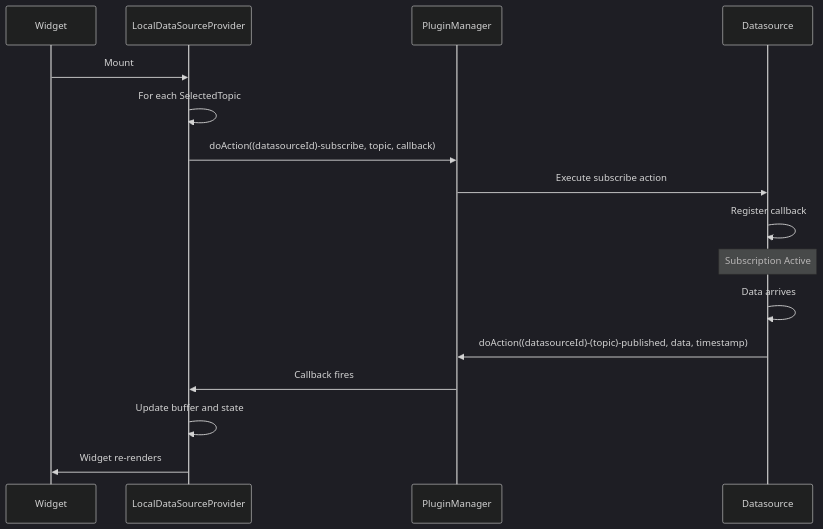
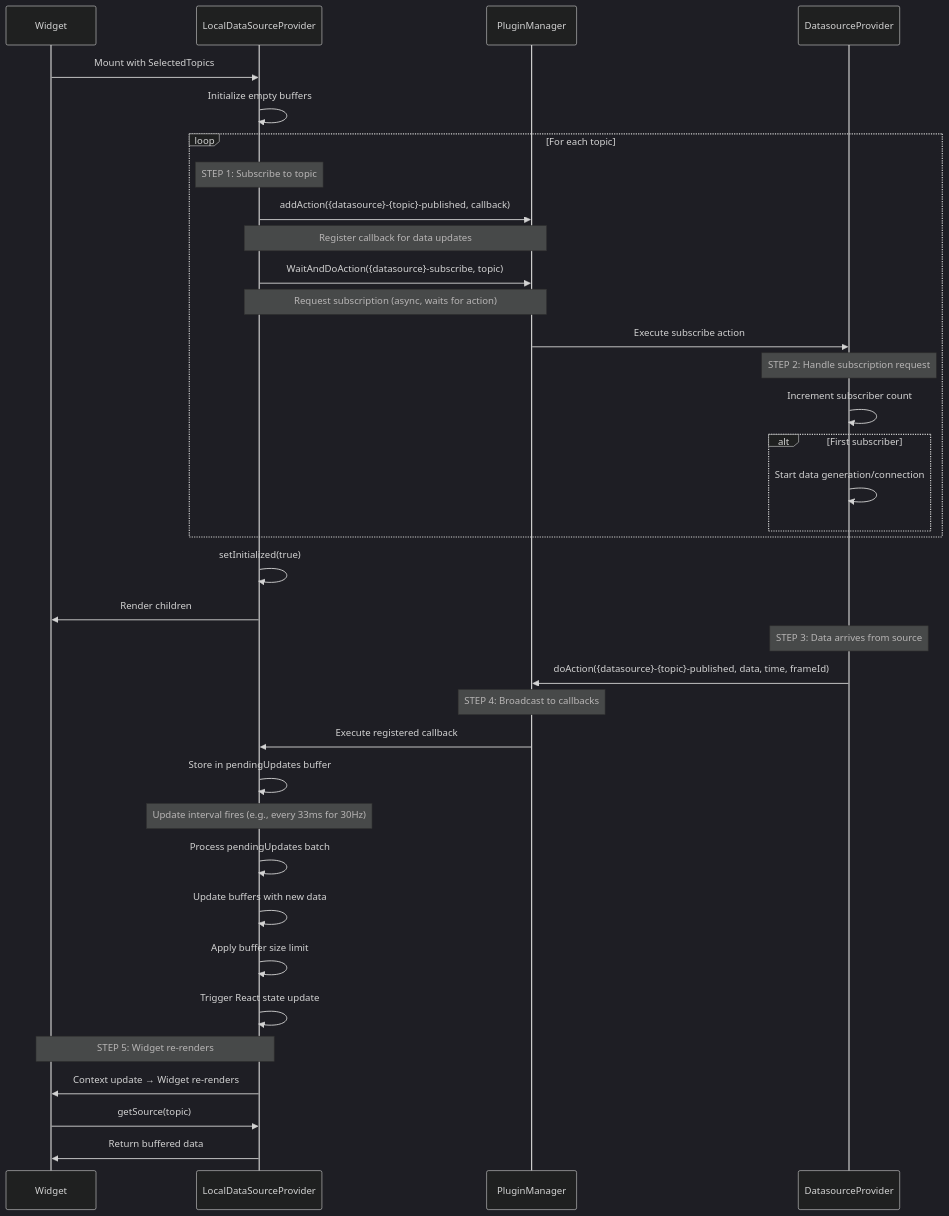
One commit to RMA-Robotics-Autonomous-Systems/ORMI changed the fourth of 5 diagrams in apps/web/content/docs/v1/core/data-flow.md. Above: the diagram before and after it, drawn with Mermaid (dark theme). The commit also changed other lines of this file and 5 other files, not shown here.

````diff
--- a/apps/web/content/docs/v1/core/data-flow.md
+++ b/apps/web/content/docs/v1/core/data-flow.md
@@ -139,21 +289,43 @@
 ```mermaid
 sequenceDiagram
     participant W as Widget
     participant L as LocalDataSourceProvider
     participant PM as PluginManager
-    participant DS as Datasource
+    participant DS as DatasourceProvider
 
-    W->>L: Mount
-    L->>L: For each SelectedTopic
-    L->>PM: doAction((datasourceId)-subscribe, topic, callback)
-    PM->>DS: Execute subscribe action
-    DS->>DS: Register callback
+    W->>L: Mount with SelectedTopics
+    L->>L: Initialize empty buffers
 
-    Note over DS: Subscription Active
+    loop For each topic
+        Note over L: STEP 1: Subscribe to topic
+        L->>PM: addAction({datasource}-{topic}-published, callback)
+        Note over L,PM: Register callback for data updates
+        L->>PM: WaitAndDoAction({datasource}-subscribe, topic)
+        Note over L,PM: Request subscription (async, waits for action)
+        PM->>DS: Execute subscribe action
+        Note over DS: STEP 2: Handle subscription request
+        DS->>DS: Increment subscriber count
+        alt First subscriber
+            DS->>DS: Start data generation/connection
+        end
+    end
 
-    DS->>DS: Data arrives
-    DS->>PM: doAction((datasourceId)-(topic)-published, data, timestamp)
-    PM->>L: Callback fires
-    L->>L: Update buffer and state
-    L->>W: Widget re-renders
+    L->>L: setInitialized(true)
+    L->>W: Render children
+
+    Note over DS: STEP 3: Data arrives from source
+    DS->>PM: doAction({datasource}-{topic}-published, data, time, frameId)
+    Note over PM: STEP 4: Broadcast to callbacks
+    PM->>L: Execute registered callback
+    L->>L: Store in pendingUpdates buffer
+
+    Note over L: Update interval fires (e.g., every 33ms for 30Hz)
+    L->>L: Process pendingUpdates batch
+    L->>L: Update buffers with new data
+    L->>L: Apply buffer size limit
+    L->>L: Trigger React state update
+    Note over L,W: STEP 5: Widget re-renders
+    L->>W: Context update → Widget re-renders
+    W->>L: getSource(topic)
+    L->>W: Return buffered data
 ```
````
